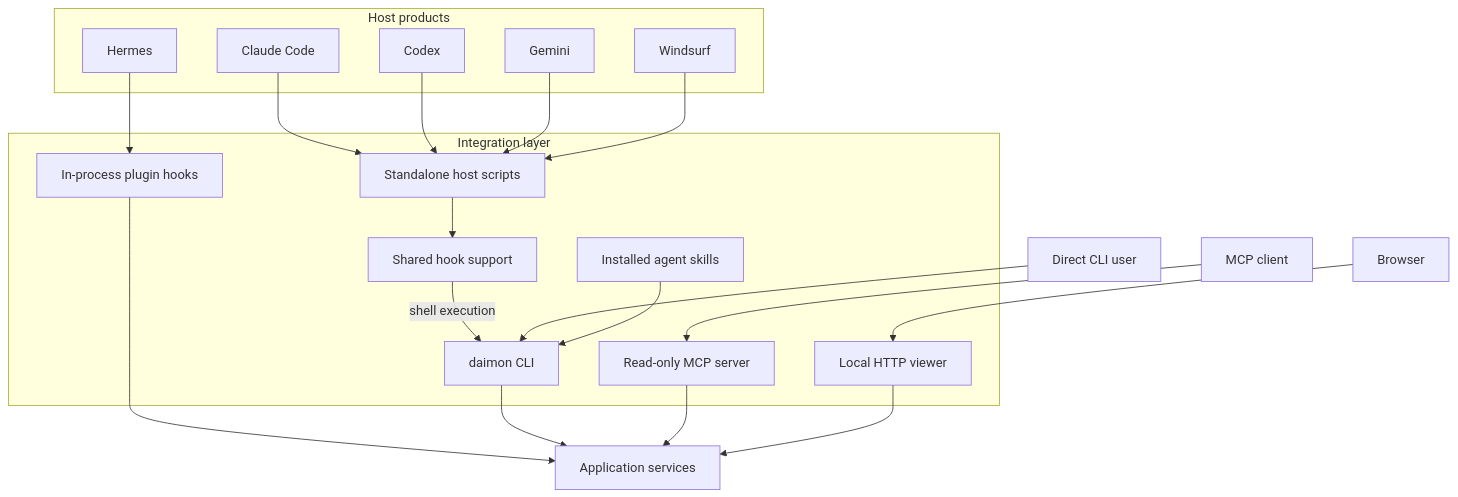
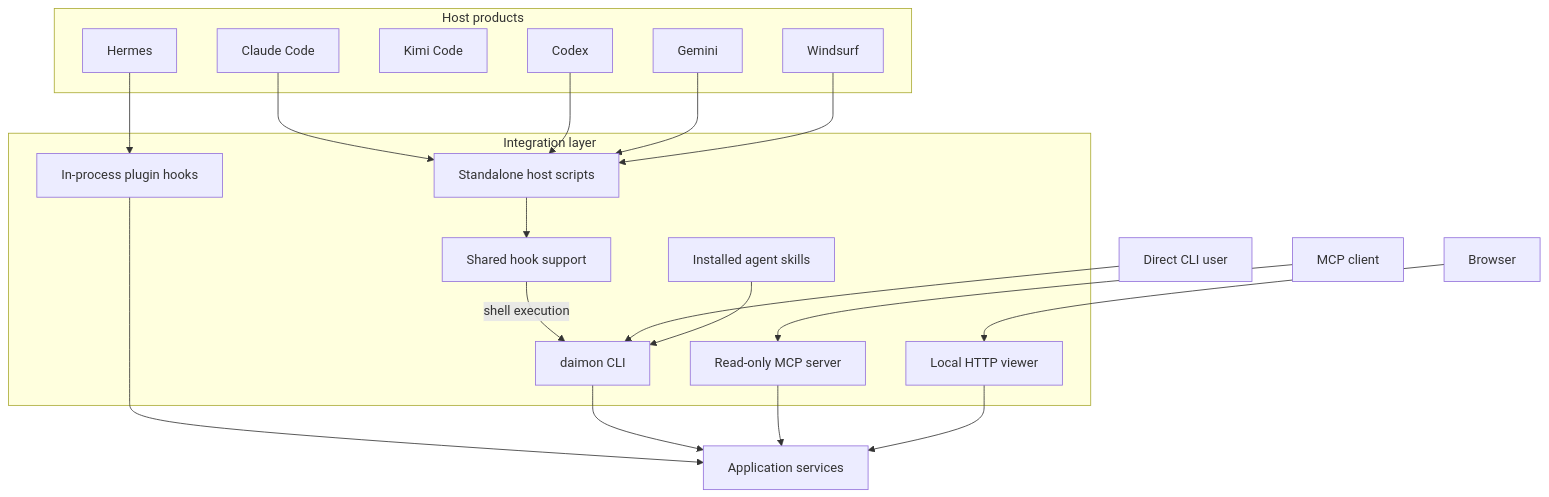
One commit to Daily-Nerd/daimon changed the second of 7 diagrams in docs/RUNTIME-ARCHITECTURE.md. Above: the diagram before and after it, drawn with Mermaid. The commit also changed other lines of this file and 18 other files, not shown here.

````diff
--- a/docs/RUNTIME-ARCHITECTURE.md
+++ b/docs/RUNTIME-ARCHITECTURE.md
@@ -54,41 +54,42 @@
 ```mermaid
 flowchart TB
     subgraph HostProducts["Host products"]
         Claude["Claude Code"]
         Codex["Codex"]
+        Kimi["Kimi Code"]
         Gemini["Gemini"]
         Windsurf["Windsurf"]
         Hermes["Hermes"]
     end
 
     subgraph Integration["Integration layer"]
         Scripts["Standalone host scripts"]
         Shared["Shared hook support"]
         InProcess["In-process plugin hooks"]
         CLI["daimon CLI"]
         Skills["Installed agent skills"]
         MCP["Read-only MCP server"]
         Viewer["Local HTTP viewer"]
     end
 
     Human["Direct CLI user"]
     MCPClient["MCP client"]
     Browser["Browser"]
     App["Application services"]
 
     Claude --> Scripts
     Codex --> Scripts
     Gemini --> Scripts
     Windsurf --> Scripts
     Scripts --> Shared
     Shared -->|"shell execution"| CLI
     Hermes --> InProcess
     InProcess --> App
     Human --> CLI
     Skills --> CLI
     CLI --> App
     MCPClient --> MCP
     MCP --> App
     Browser --> Viewer
     Viewer --> App
 ```
````
